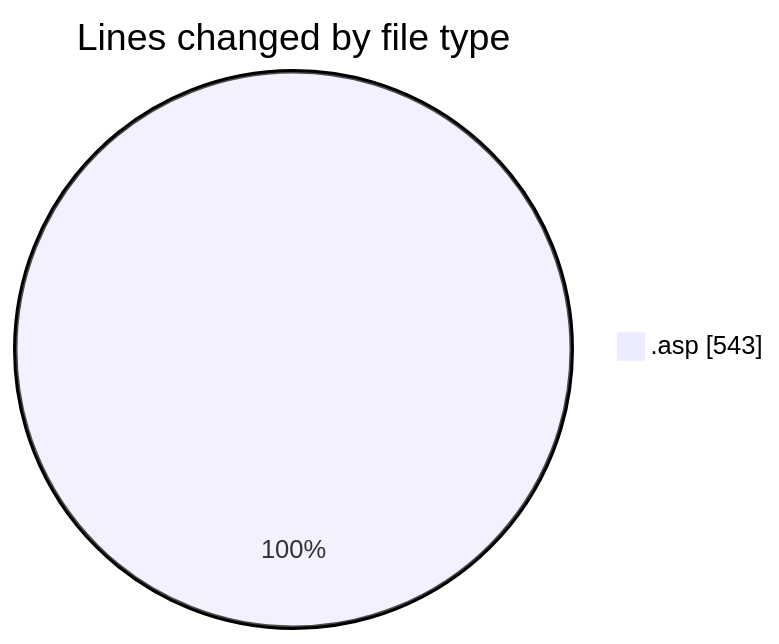
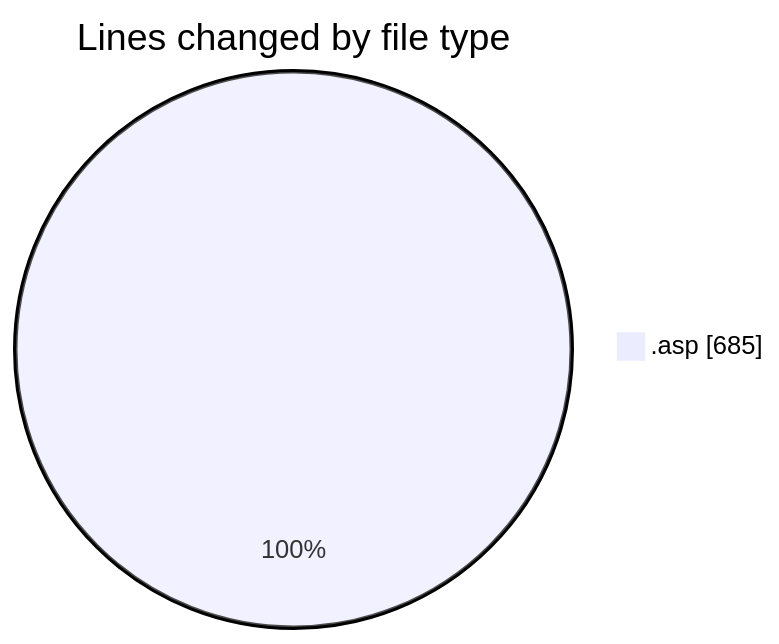
Before and after one commit to julien-gomy/code-tracking: the first of 2 diagrams in 2025-10-07/cdp_aleoudev_fr__workspace_/README.md, drawn with Mermaid. The commit also changed other lines of this file and 1 other file, not shown here.

````diff
--- a/2025-10-07/cdp_aleoudev_fr__workspace_/README.md
+++ b/2025-10-07/cdp_aleoudev_fr__workspace_/README.md
@@ -21,5 +22,5 @@
 ```mermaid
 pie showData
 title Lines changed by file type
-".asp" : 543
+".asp" : 685
 ```
````
